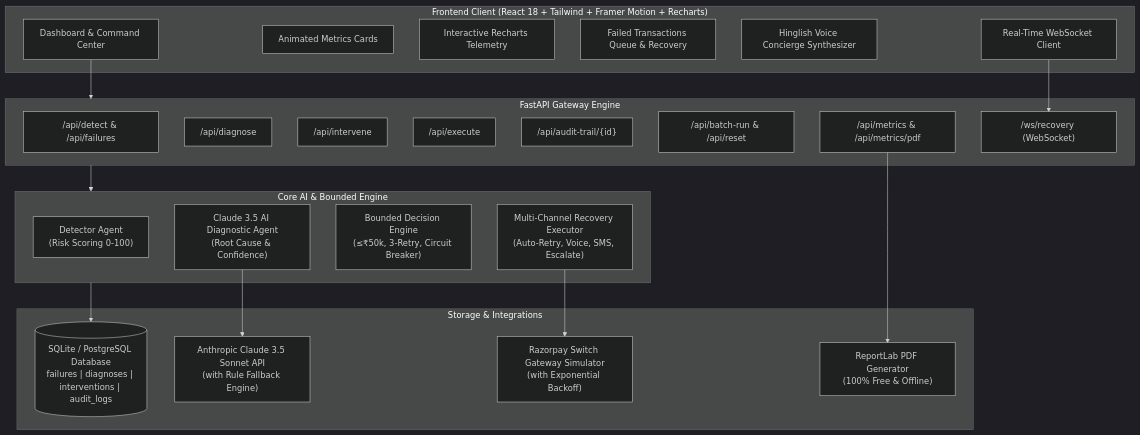
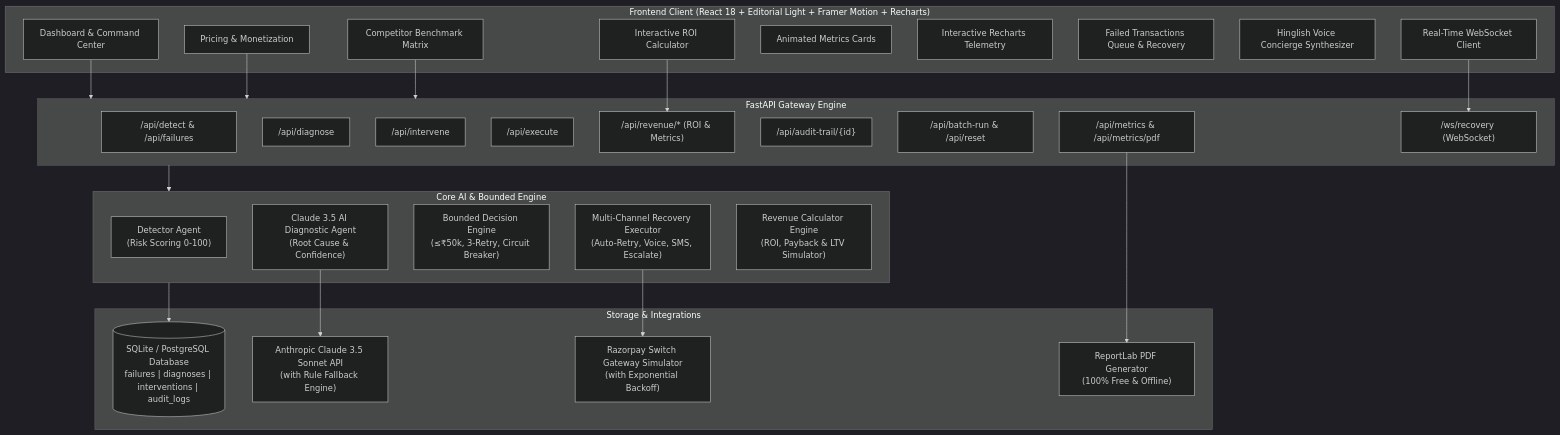
One commit to shivakewat1/Payment-Guard changed the second of 2 diagrams in README.md. Above: the diagram before and after it, drawn with Mermaid (dark theme). The commit also changed other lines of this file and 13 other files, not shown here.

Commit message:
feat: add revenue impact dashboard, pricing tiers, competitor matrix, and comprehensive README documentation

````diff
--- a/README.md
+++ b/README.md
@@ -165,44 +259,52 @@
 ```mermaid
 graph TD
-    subgraph ClientLayer["Frontend Client (React 18 + Tailwind + Framer Motion + Recharts)"]
+    subgraph ClientLayer["Frontend Client (React 18 + Editorial Light + Framer Motion + Recharts)"]
         UI["Dashboard & Command Center"]
+        ROI["Interactive ROI Calculator"]
+        Price["Pricing & Monetization"]
+        Comp["Competitor Benchmark Matrix"]
         Cards["Animated Metrics Cards"]
         Chart["Interactive Recharts Telemetry"]
         Table["Failed Transactions Queue & Recovery"]
         Audio["Hinglish Voice Concierge Synthesizer"]
         WS["Real-Time WebSocket Client"]
     end
 
     subgraph APILayer["FastAPI Gateway Engine"]
         R_Detect["/api/detect & /api/failures"]
         R_Diag["/api/diagnose"]
         R_Interv["/api/intervene"]
         R_Exec["/api/execute"]
+        R_Rev["/api/revenue/* (ROI & Metrics)"]
         R_Audit["/api/audit-trail/{id}"]
         R_Batch["/api/batch-run & /api/reset"]
         R_Metrics["/api/metrics & /api/metrics/pdf"]
         R_WS["/ws/recovery (WebSocket)"]
     end
 
     subgraph Agents["Core AI & Bounded Engine"]
         A_Detect["Detector Agent\n(Risk Scoring 0-100)"]
         A_Diag["Claude 3.5 AI Diagnostic Agent\n(Root Cause & Confidence)"]
         A_Interv["Bounded Decision Engine\n(≤₹50k, 3-Retry, Circuit Breaker)"]
         A_Exec["Multi-Channel Recovery Executor\n(Auto-Retry, Voice, SMS, Escalate)"]
+        A_Rev["Revenue Calculator Engine\n(ROI, Payback & LTV Simulator)"]
     end
 
     subgraph Persistence["Storage & Integrations"]
         DB[("SQLite / PostgreSQL Database\nfailures | diagnoses | interventions | audit_logs")]
         Claude["Anthropic Claude 3.5 Sonnet API\n(with Rule Fallback Engine)"]
         RZP["Razorpay Switch Gateway Simulator\n(with Exponential Backoff)"]
         PDF["ReportLab PDF Generator\n(100% Free & Offline)"]
     end
 
     UI --> APILayer
+    ROI --> R_Rev
+    Price --> APILayer
+    Comp --> APILayer
     WS --> R_WS
     APILayer --> Agents
     A_Diag --> Claude
     A_Exec --> RZP
     Agents --> DB
     R_Metrics --> PDF
 ```
````
